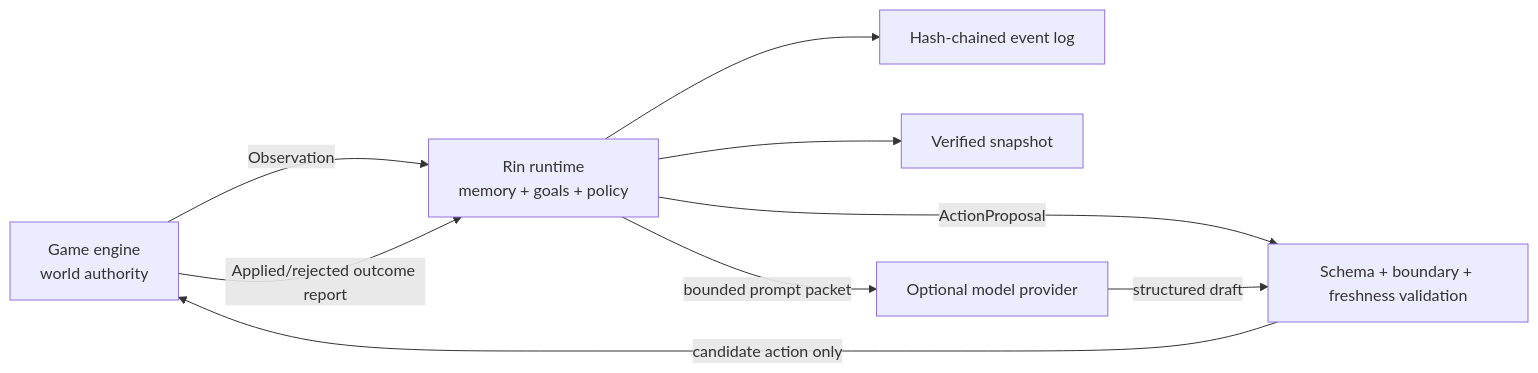
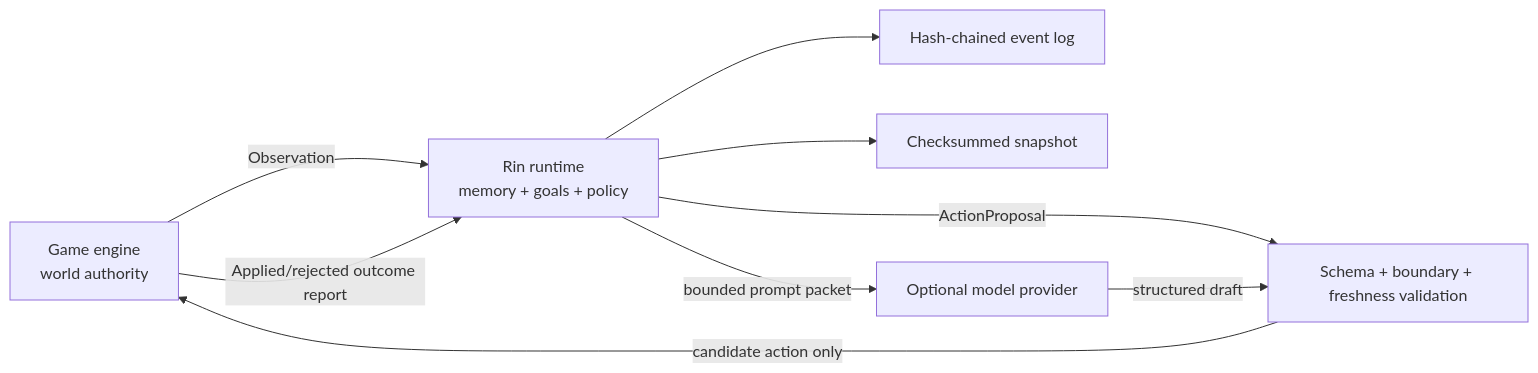
One commit to sunrioa/rin changed the diagram in docs/architecture.md. Above: the diagram before and after it, drawn with Mermaid. The commit also changed other lines of this file and 101 other files, not shown here.

````diff
--- a/docs/architecture.md
+++ b/docs/architecture.md
@@ -10,11 +14,11 @@
 ```mermaid
 flowchart LR
     G["Game engine\nworld authority"] -->|Observation| R["Rin runtime\nmemory + goals + policy"]
     R -->|ActionProposal| V["Schema + boundary + freshness validation"]
     V -->|candidate action only| G
     G -->|Applied/rejected outcome report| R
     R --> E["Hash-chained event log"]
-    R --> S["Verified snapshot"]
+    R --> S["Checksummed snapshot"]
     R -->|"bounded prompt packet"| P["Optional model provider"]
     P -->|"structured draft"| V
 ```
````
